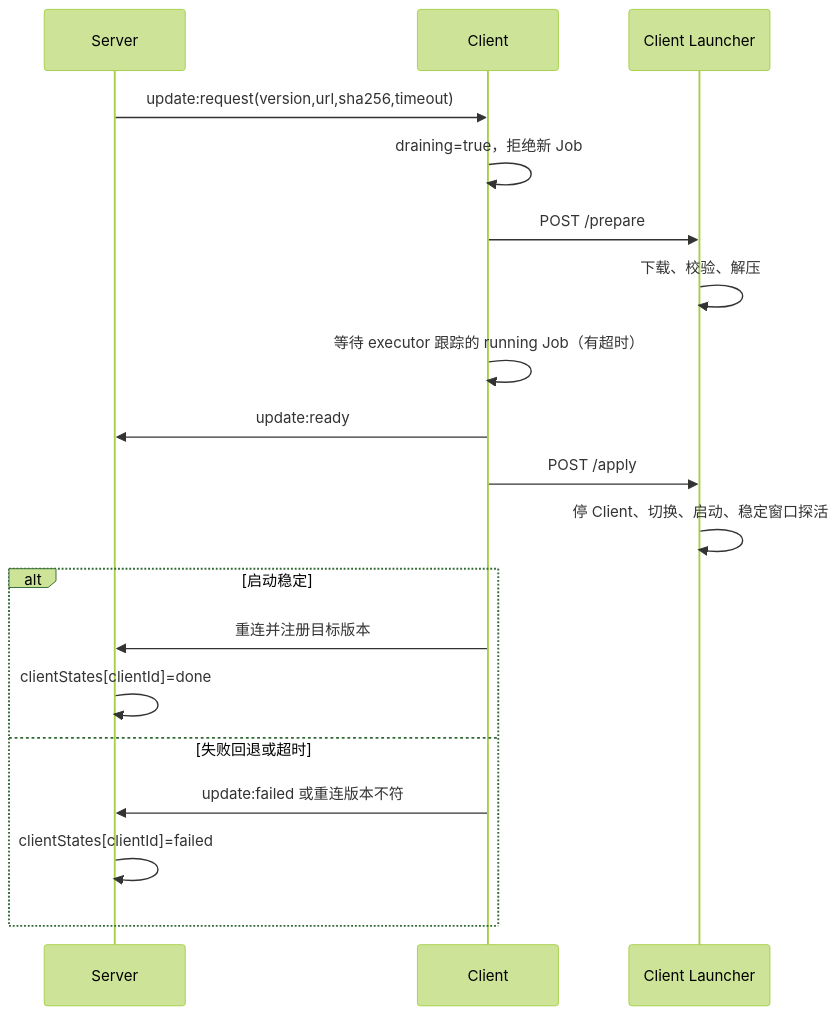
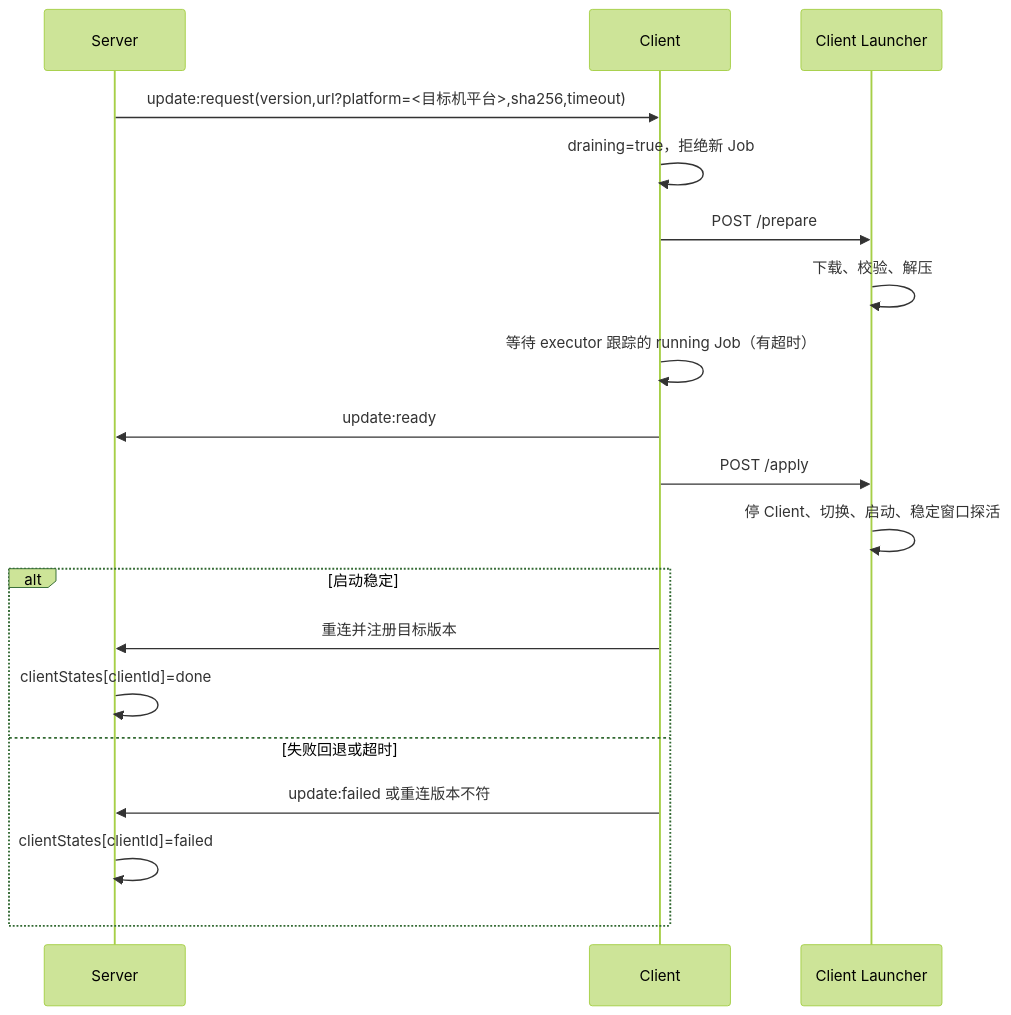
One commit to xuzhen97/VCPDeck changed the third of 3 diagrams in docs/design/release-and-update.md. Above: the diagram before and after it, drawn with Mermaid (forest theme). The commit also changed other lines of this file and 11 other files, not shown here.

````diff
--- a/docs/design/release-and-update.md
+++ b/docs/design/release-and-update.md
@@ -195,22 +204,22 @@
 ```mermaid
 sequenceDiagram
     participant S as Server
     participant C as Client
     participant L as Client Launcher
 
-    S->>C: update:request(version,url,sha256,timeout)
+    S->>C: update:request(version,url?platform=<目标机平台>,sha256,timeout)
     C->>C: draining=true，拒绝新 Job
     C->>L: POST /prepare
     L->>L: 下载、校验、解压
     C->>C: 等待 executor 跟踪的 running Job（有超时）
     C->>S: update:ready
     C->>L: POST /apply
     L->>L: 停 Client、切换、启动、稳定窗口探活
     alt 启动稳定
         C->>S: 重连并注册目标版本
         S->>S: clientStates[clientId]=done
     else 失败回退或超时
         C->>S: update:failed 或重连版本不符
         S->>S: clientStates[clientId]=failed
     end
 ```
````
